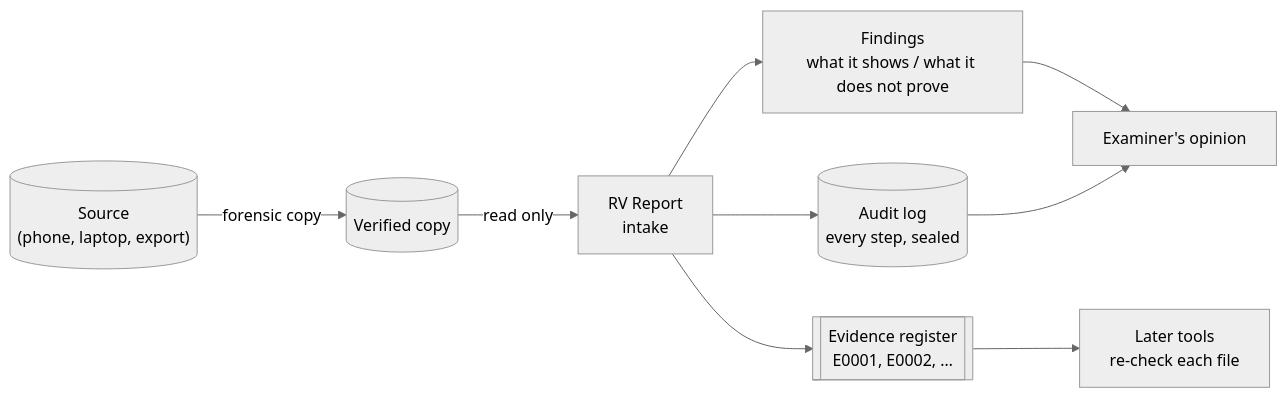
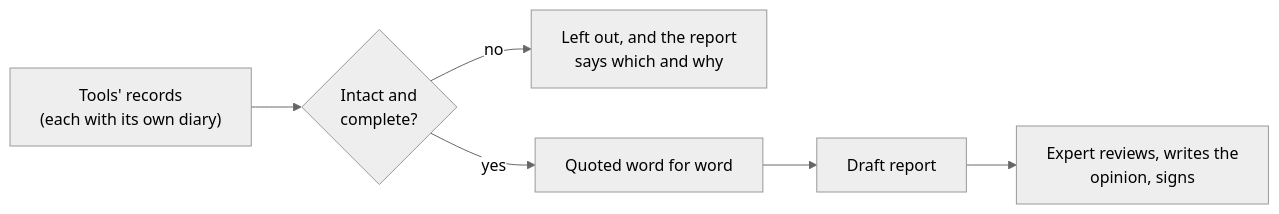
One commit to Panacota96/rv-report changed the first of 8 diagrams in docs/theory.md. Above: the diagram before and after it, drawn with Mermaid (neutral theme). The commit also changed other lines of this file and 240 other files, not shown here.

First line of the commit message:
feat: RV Report v0.1 — expert report assembled from a verified case (#7)

````diff
--- a/docs/theory.md
+++ b/docs/theory.md
@@ -69,11 +29,8 @@
 ```mermaid
 flowchart LR
-    S[("Source<br/>(phone, laptop, export)")] -->|forensic copy| C[("Verified copy")]
-    C -->|read only| T["RV Report<br/>intake"]
-    T --> F["Findings<br/>what it shows / what it does not prove"]
-    T --> R[["Evidence register<br/>E0001, E0002, …"]]
-    T --> L[("Audit log<br/>every step, sealed")]
-    R --> A["Later tools<br/>re-check each file"]
-    F --> E["Examiner's opinion"]
-    L --> E
+    T["Tools' records<br/>(each with its own diary)"] --> C{"Intact and<br/>complete?"}
+    C -- no --> X["Left out, and the report<br/>says which and why"]
+    C -- yes --> Q["Quoted word for word"]
+    Q --> D["Draft report"]
+    D --> E["Expert reviews, writes the<br/>opinion, signs"]
 ```
````
